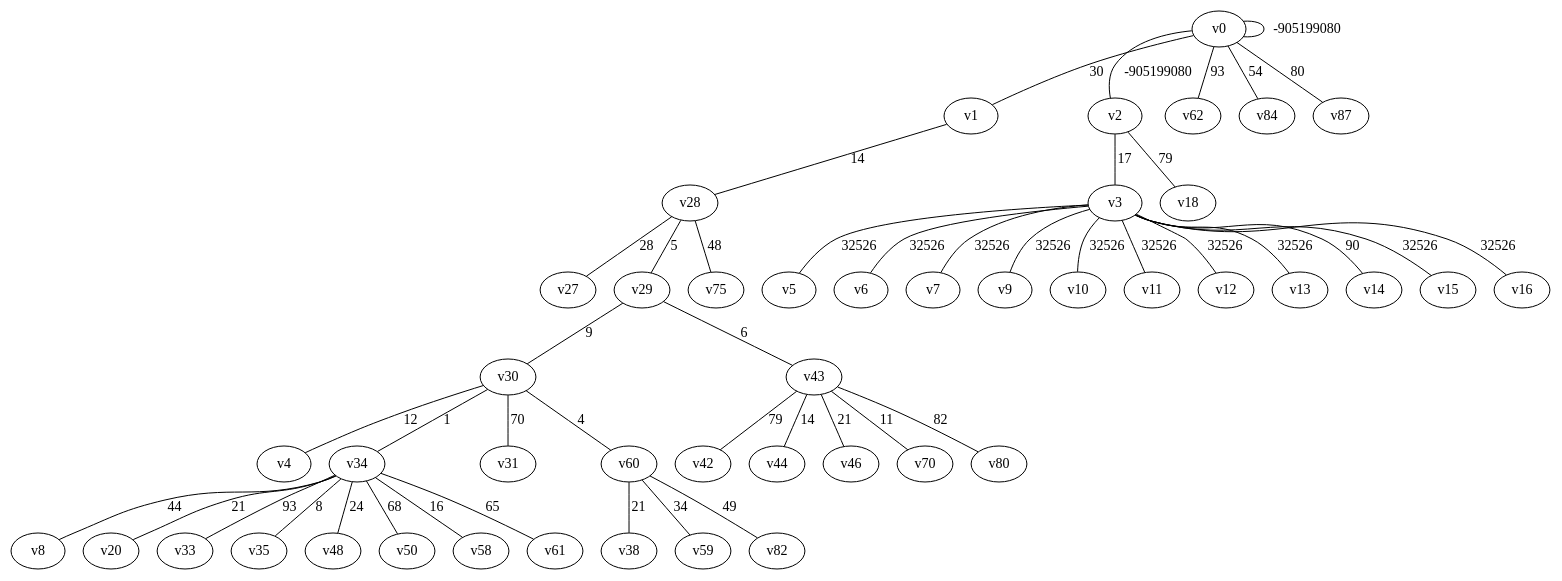
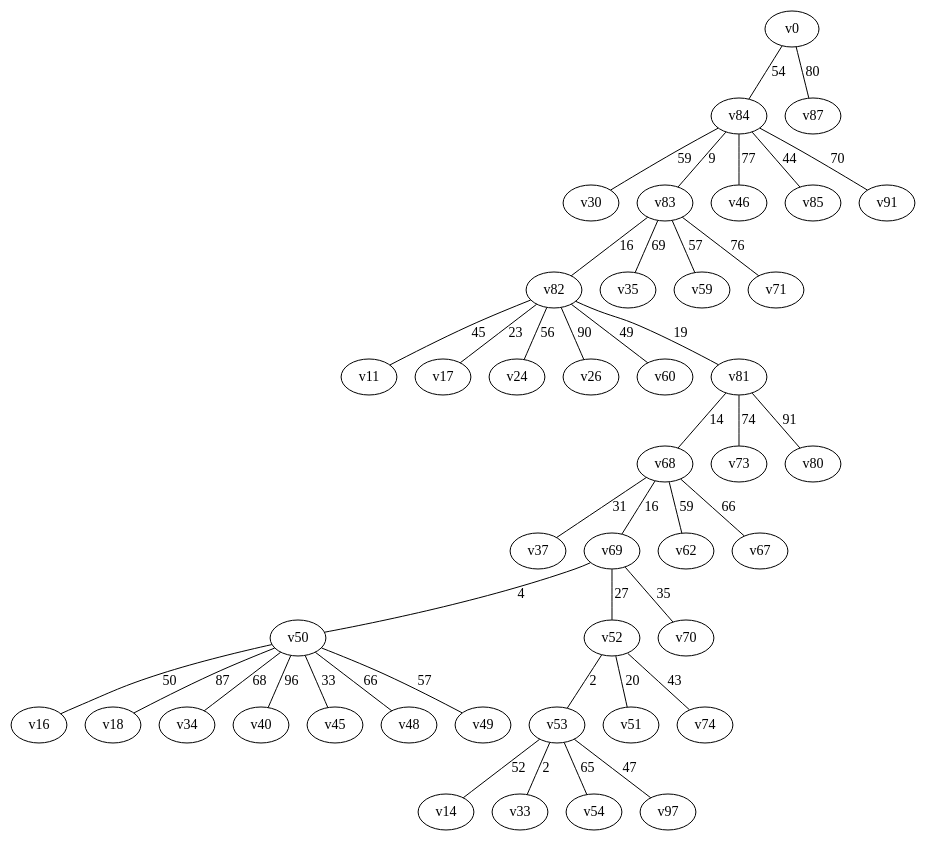
One commit to japie1235813/Algo_PA3 changed the diagram in outputs/gn100_mst_p_2.dot. Above: the diagram before and after it, drawn with Graphviz. The commit also changed 18 other files, not shown here.

```diff
--- a/outputs/gn100_mst_p_2.dot
+++ b/outputs/gn100_mst_p_2.dot
@@ -1,47 +1,43 @@
 graph gn100_mst_p {
-v0 -- v0 [label = "-905199080"];
-v0 -- v1 [label = "30"];
-v0 -- v2 [label = "-905199080"];
-v2 -- v3 [label = "17"];
-v30 -- v4 [label = "12"];
-v3 -- v5 [label = "32526"];
-v3 -- v6 [label = "32526"];
-v3 -- v7 [label = "32526"];
-v34 -- v8 [label = "44"];
-v3 -- v9 [label = "32526"];
-v3 -- v10 [label = "32526"];
-v3 -- v11 [label = "32526"];
-v3 -- v12 [label = "32526"];
-v3 -- v13 [label = "32526"];
-v3 -- v14 [label = "90"];
-v3 -- v15 [label = "32526"];
-v3 -- v16 [label = "32526"];
-v2 -- v18 [label = "79"];
-v34 -- v20 [label = "21"];
-v28 -- v27 [label = "28"];
-v1 -- v28 [label = "14"];
-v28 -- v29 [label = "5"];
-v29 -- v30 [label = "9"];
-v30 -- v31 [label = "70"];
-v34 -- v33 [label = "93"];
-v30 -- v34 [label = "1"];
-v34 -- v35 [label = "8"];
-v60 -- v38 [label = "21"];
-v43 -- v42 [label = "79"];
-v29 -- v43 [label = "6"];
-v43 -- v44 [label = "14"];
-v43 -- v46 [label = "21"];
-v34 -- v48 [label = "24"];
-v34 -- v50 [label = "68"];
-v34 -- v58 [label = "16"];
-v60 -- v59 [label = "34"];
-v30 -- v60 [label = "4"];
-v34 -- v61 [label = "65"];
-v0 -- v62 [label = "93"];
-v43 -- v70 [label = "11"];
-v28 -- v75 [label = "48"];
-v43 -- v80 [label = "82"];
-v60 -- v82 [label = "49"];
+v82 -- v11 [label = "45"];
+v53 -- v14 [label = "52"];
+v50 -- v16 [label = "50"];
+v82 -- v17 [label = "23"];
+v50 -- v18 [label = "87"];
+v82 -- v24 [label = "56"];
+v82 -- v26 [label = "90"];
+v84 -- v30 [label = "59"];
+v53 -- v33 [label = "2"];
+v50 -- v34 [label = "68"];
+v83 -- v35 [label = "69"];
+v68 -- v37 [label = "31"];
+v50 -- v40 [label = "96"];
+v50 -- v45 [label = "33"];
+v84 -- v46 [label = "77"];
+v50 -- v48 [label = "66"];
+v50 -- v49 [label = "57"];
+v69 -- v50 [label = "4"];
+v52 -- v51 [label = "20"];
+v69 -- v52 [label = "27"];
+v52 -- v53 [label = "2"];
+v53 -- v54 [label = "65"];
+v83 -- v59 [label = "57"];
+v82 -- v60 [label = "49"];
+v68 -- v62 [label = "59"];
+v68 -- v67 [label = "66"];
+v81 -- v68 [label = "14"];
+v68 -- v69 [label = "16"];
+v69 -- v70 [label = "35"];
+v83 -- v71 [label = "76"];
+v81 -- v73 [label = "74"];
+v52 -- v74 [label = "43"];
+v81 -- v80 [label = "91"];
+v82 -- v81 [label = "19"];
+v83 -- v82 [label = "16"];
+v84 -- v83 [label = "9"];
 v0 -- v84 [label = "54"];
+v84 -- v85 [label = "44"];
 v0 -- v87 [label = "80"];
+v84 -- v91 [label = "70"];
+v53 -- v97 [label = "47"];
 }
```
